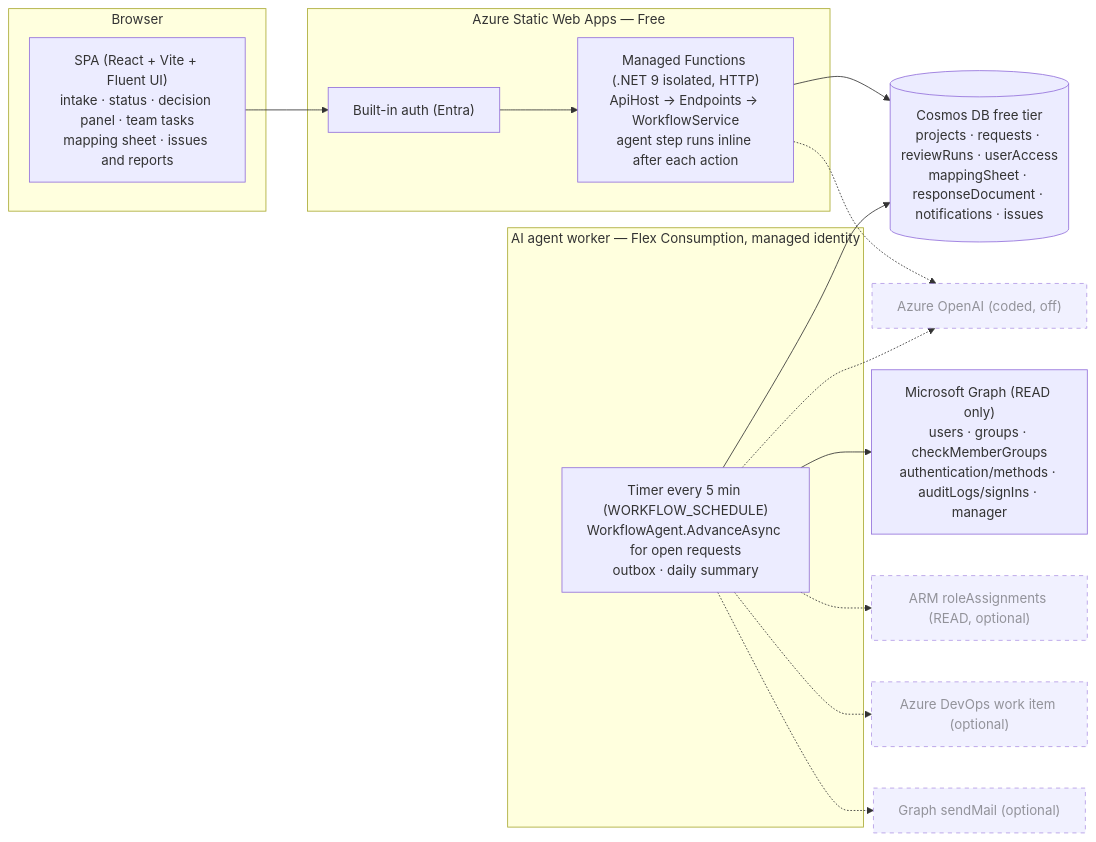
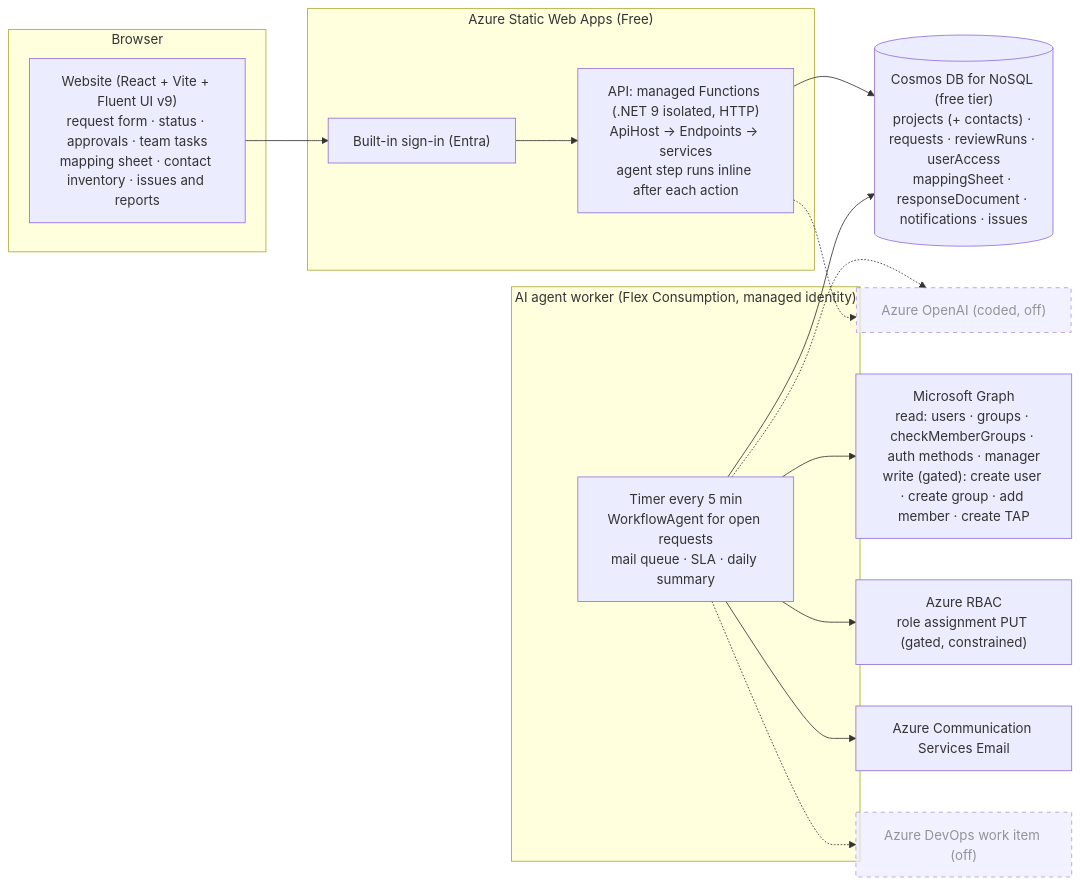
The first of 2 diagrams in docs/ARCHITECTURE.md (GopalakrishnanBhaskaran/onboarding-requests), drawn with Mermaid before and after one commit. The commit also changed other lines of this file and 1 other file, not shown here.

First line of the commit message:
Architecture: 21-22 Oct and go-live changes, component catalogue, LLM use (runtime off, guardrails, dev-time Claude Code), provisioning path, notifications, tenants; readable HTML with diagrams

````diff
--- a/docs/ARCHITECTURE.md
+++ b/docs/ARCHITECTURE.md
@@ -7,30 +39,30 @@
 ```mermaid
 flowchart LR
   subgraph Browser
-    UI["SPA (React + Vite + Fluent UI)<br/>intake · status · decision panel · team tasks<br/>mapping sheet · issues and reports"]
+    UI["Website (React + Vite + Fluent UI v9)<br/>request form · status · approvals · team tasks<br/>mapping sheet · contact inventory · issues and reports"]
   end
-  subgraph SWA["Azure Static Web Apps — Free"]
-    AUTH["Built-in auth (Entra)"]
-    API["Managed Functions (.NET 9 isolated, HTTP)<br/>ApiHost → Endpoints → WorkflowService<br/>agent step runs inline after each action"]
+  subgraph SWA["Azure Static Web Apps (Free)"]
+    AUTH["Built-in sign-in (Entra)"]
+    API["API: managed Functions (.NET 9 isolated, HTTP)<br/>ApiHost → Endpoints → services<br/>agent step runs inline after each action"]
   end
-  subgraph W["AI agent worker — Flex Consumption, managed identity"]
-    T["Timer every 5 min (WORKFLOW_SCHEDULE)<br/>WorkflowAgent.AdvanceAsync for open requests<br/>outbox · daily summary"]
+  subgraph W["AI agent worker (Flex Consumption, managed identity)"]
+    T["Timer every 5 min<br/>WorkflowAgent for open requests<br/>mail queue · SLA · daily summary"]
   end
-  COSMOS[("Cosmos DB free tier<br/>projects · requests · reviewRuns · userAccess<br/>mappingSheet · responseDocument · notifications · issues")]
-  GRAPH["Microsoft Graph (READ only)<br/>users · groups · checkMemberGroups<br/>authentication/methods · auditLogs/signIns · manager"]
-  ARM["ARM roleAssignments (READ, optional)"]
-  ADO["Azure DevOps work item (optional)"]
-  MAIL["Graph sendMail (optional)"]
+  COSMOS[("Cosmos DB for NoSQL (free tier)<br/>projects (+ contacts) · requests · reviewRuns · userAccess<br/>mappingSheet · responseDocument · notifications · issues")]
+  GRAPH["Microsoft Graph<br/>read: users · groups · checkMemberGroups · auth methods · manager<br/>write (gated): create user · create group · add member · create TAP"]
+  ARM["Azure RBAC<br/>role assignment PUT (gated, constrained)"]
+  ACS["Azure Communication Services Email"]
+  ADO["Azure DevOps work item (off)"]
   AOAI["Azure OpenAI (coded, off)"]
 
   UI --> AUTH --> API --> COSMOS
   T --> COSMOS
   T --> GRAPH
-  T -.-> ARM
+  T --> ARM
+  T --> ACS
   T -.-> ADO
-  T -.-> MAIL
+  T -.-> AOAI
   API -.-> AOAI
-  T -.-> AOAI
   classDef off stroke-dasharray: 5 5,opacity:0.7
-  class ARM,ADO,MAIL,AOAI off
+  class ADO,AOAI off
 ```
````
